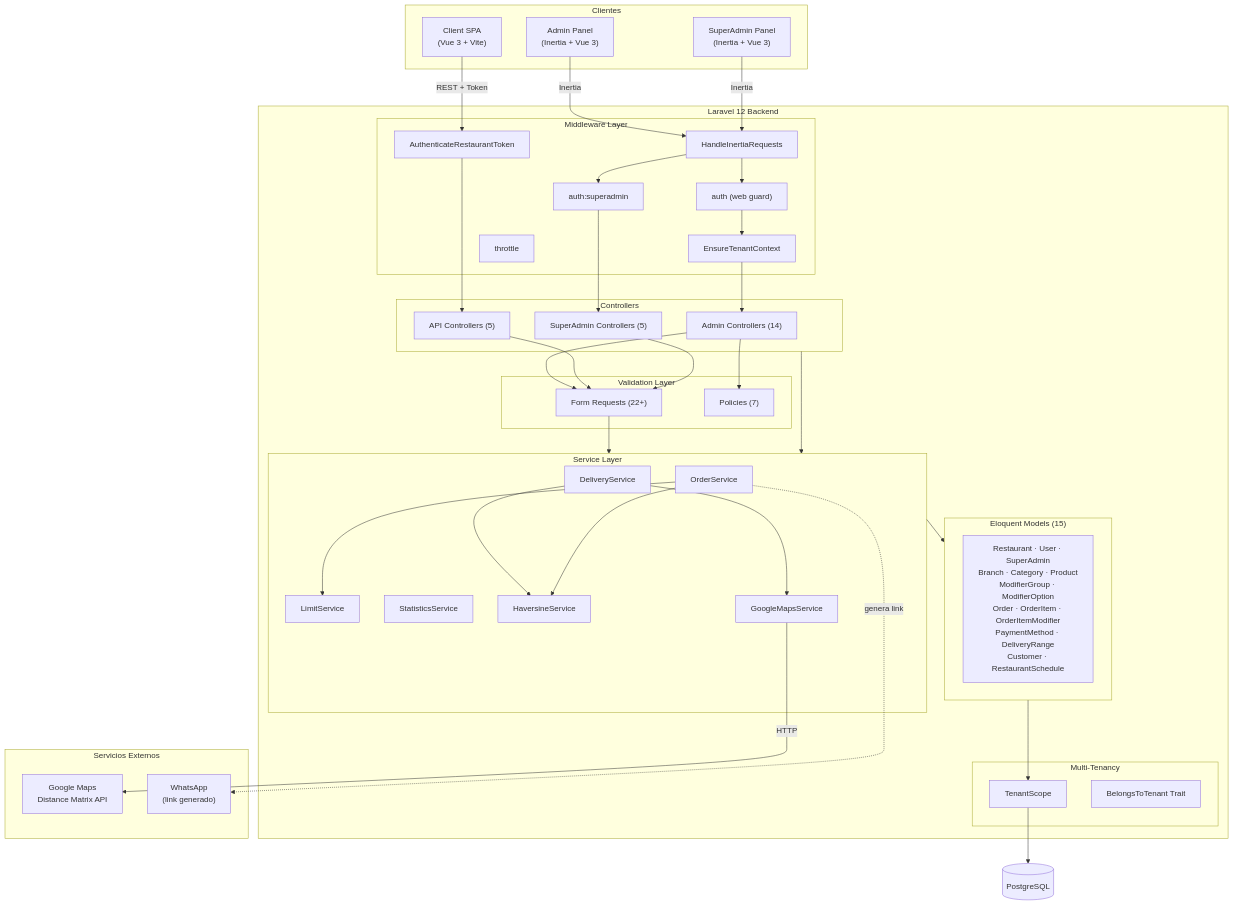
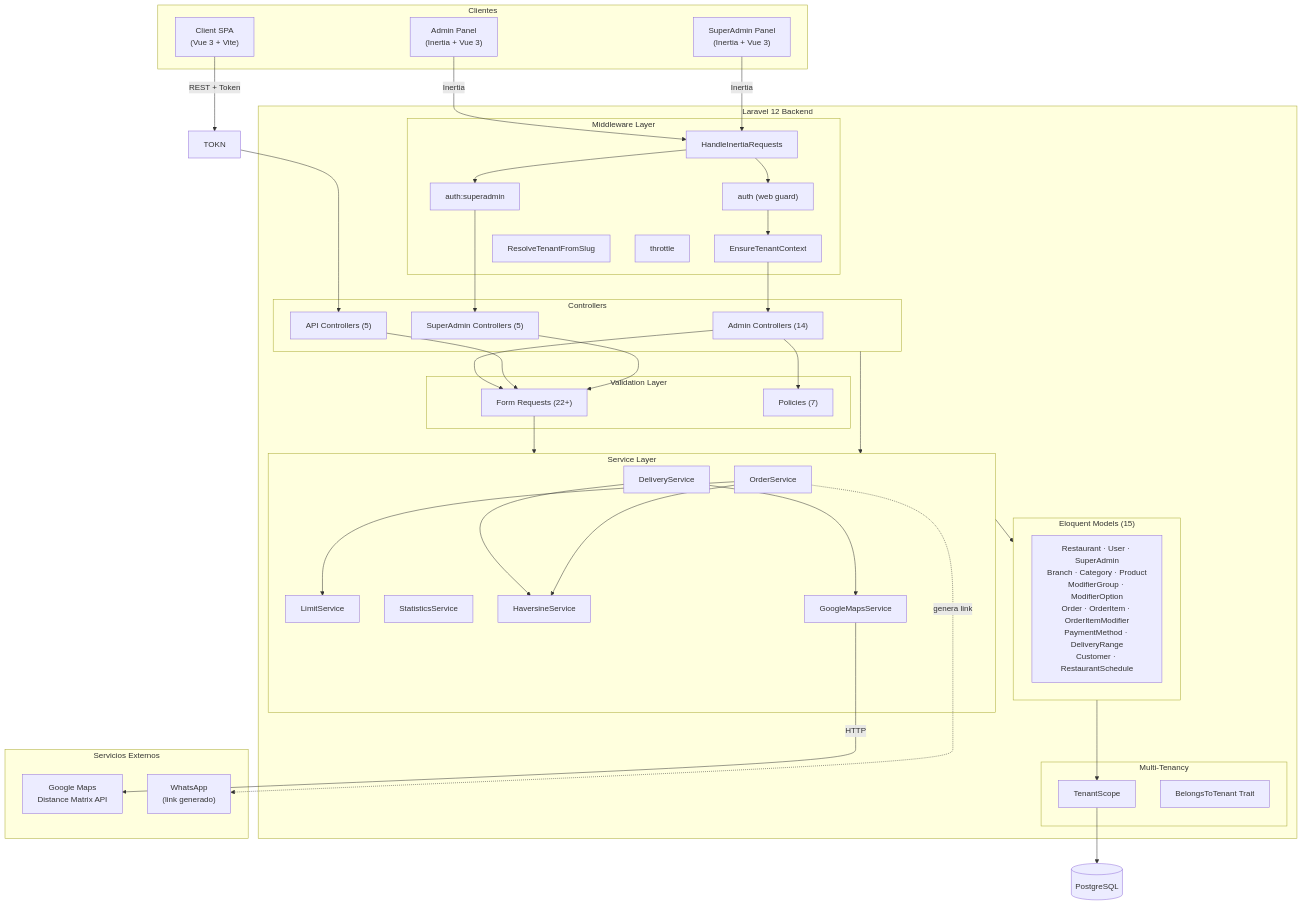
The first of 14 diagrams in docs/BACKEND_ARCHITECTURE_DIAGRAMS.md (apscreativas/pideaqui-back), drawn with Mermaid before and after one commit. The commit also changed other lines of this file and 84 other files, not shown here.

```diff
--- a/docs/BACKEND_ARCHITECTURE_DIAGRAMS.md
+++ b/docs/BACKEND_ARCHITECTURE_DIAGRAMS.md
@@ -39,7 +39,7 @@
             AUTH["auth (web guard)"]
             AUTHSA["auth:superadmin"]
             TENANT["EnsureTenantContext"]
-            TOKN["AuthenticateRestaurantToken"]
+            SLUG["ResolveTenantFromSlug"]
             THRT["throttle"]
         end
 
```
